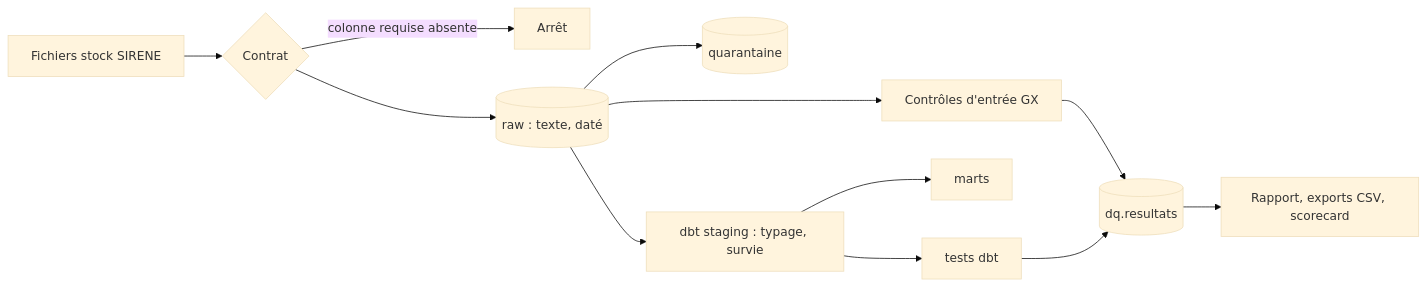
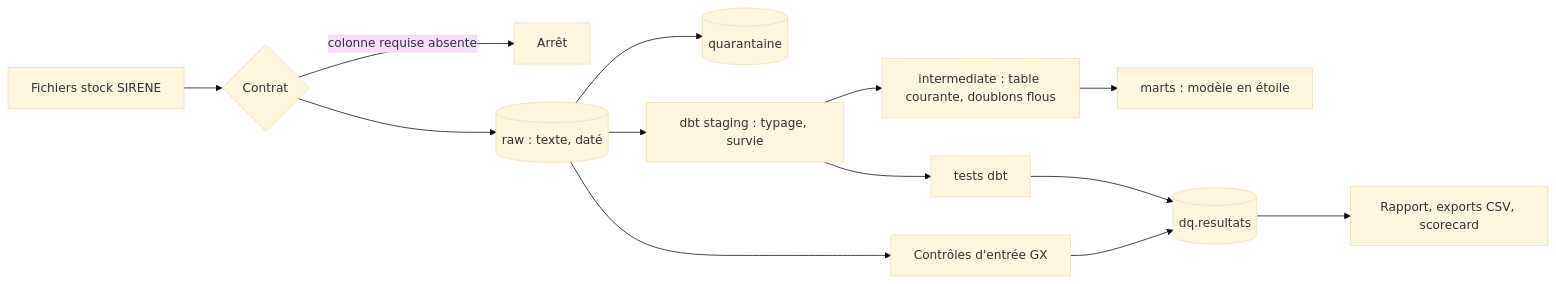
Before and after one commit to AssaneCesi/plateforme-data: the diagram in README.md, drawn with Mermaid (base theme). The commit also changed other lines of this file, not shown here.

````diff
--- a/README.md
+++ b/README.md
@@ -41,14 +42,15 @@
 ```mermaid
 flowchart LR
   F[Fichiers stock SIRENE] --> C{Contrat}
   C -- colonne requise absente --> X[Arrêt]
   C --> R[(raw : texte, daté)]
   R --> G[Contrôles d'entrée GX]
   R --> Q[(quarantaine)]
   R --> S[dbt staging : typage, survie]
-  S --> M[marts]
+  S --> I[intermediate : table courante, doublons flous]
+  I --> M[marts : modèle en étoile]
   S --> T[tests dbt]
   G --> D[(dq.resultats)]
   T --> D
   D --> P[Rapport, exports CSV, scorecard]
 ```
````
